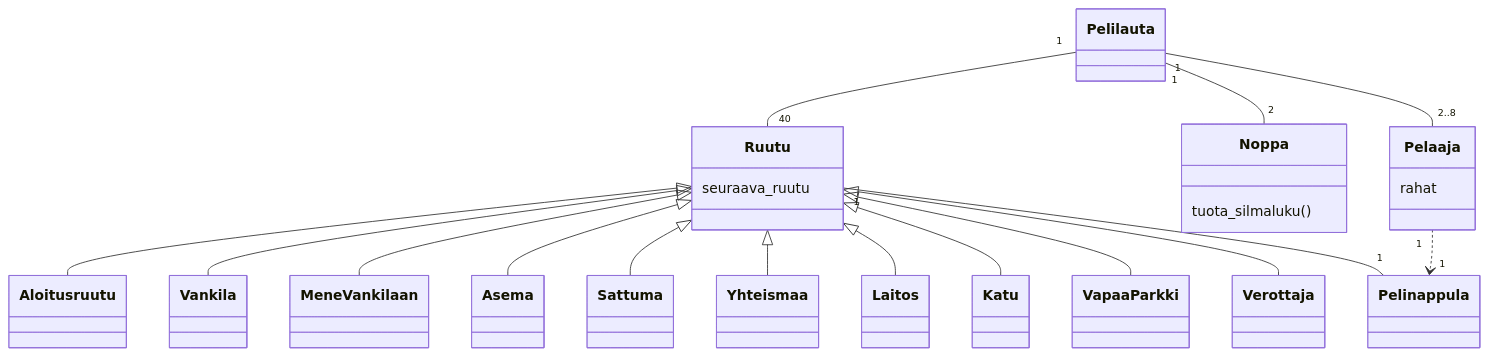
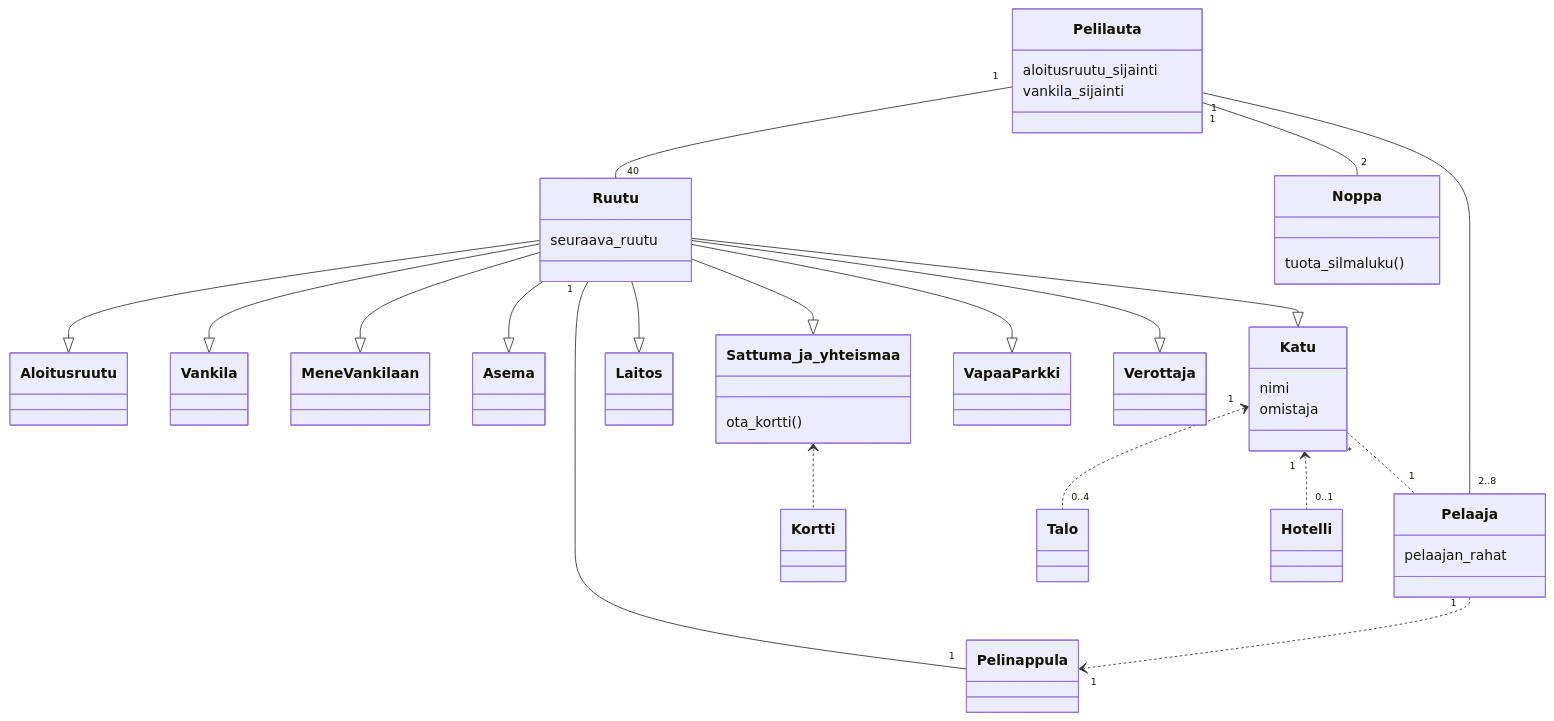
One commit to Wincewind/ot-harjoitustyo changed the diagram in laskarit/viikko3/monopoli.md. Above: the diagram before and after it, drawn with Mermaid.

````diff
--- a/laskarit/viikko3/monopoli.md
+++ b/laskarit/viikko3/monopoli.md
@@ -3,48 +3,59 @@
 ```mermaid
  classDiagram
-      Ruutu <|-- Aloitusruutu
-      Ruutu <|-- Vankila
-      Ruutu <|-- MeneVankilaan
-      Ruutu <|-- Asema
-      Ruutu <|-- Sattuma
-      Ruutu <|-- Yhteismaa
-      Ruutu <|-- Laitos
-      Ruutu <|-- Katu
-      Ruutu <|-- VapaaParkki
-      Ruutu <|-- Verottaja
+      Ruutu --|> Aloitusruutu
+      Ruutu --|> Vankila
+      Ruutu --|> MeneVankilaan
+      Ruutu --|> Asema
+      Ruutu --|> Sattuma_ja_yhteismaa
+      Ruutu --|> Laitos
+      Ruutu --|> Katu
+      Ruutu --|> VapaaParkki
+      Ruutu --|> Verottaja
       Pelilauta "1" -- "40" Ruutu
       Pelilauta "1" -- "2" Noppa
       Pelaaja "1" ..> "1" Pelinappula
       Ruutu "1" -- "1" Pelinappula
       Pelilauta "1" -- "2..8" Pelaaja
-      
+      Sattuma_ja_yhteismaa <.. Kortti
+      Katu "1" <.. "0..4" Talo
+      Katu "1" <.. "0..1" Hotelli
+      Katu "*" .. "1" Pelaaja
       
       class Pelilauta{
+       aloitusruutu_sijainti
+       vankila_sijainti
       }
       
       class Aloitusruutu      
       class Vankila
-      class Sattuma
-      class Yhteismaa
+      class Sattuma_ja_yhteismaa{
+       ota_kortti()
+      }
       class MeneVankilaan
       class Asema
       class Laitos
-      class Katu
+      class Katu{
+       nimi
+       omistaja
+      }
       class Verottaja
       class VapaaParkki
       
       class Pelaaja{
-        rahat
+        pelaajan_rahat
       }
       
       class Pelinappula
       
       class Noppa{
         tuota_silmaluku()
       }
       
       class Ruutu{
         seuraava_ruutu
       }
       
+      class Kortti
+      class Talo
+      class Hotelli
 ```
````
